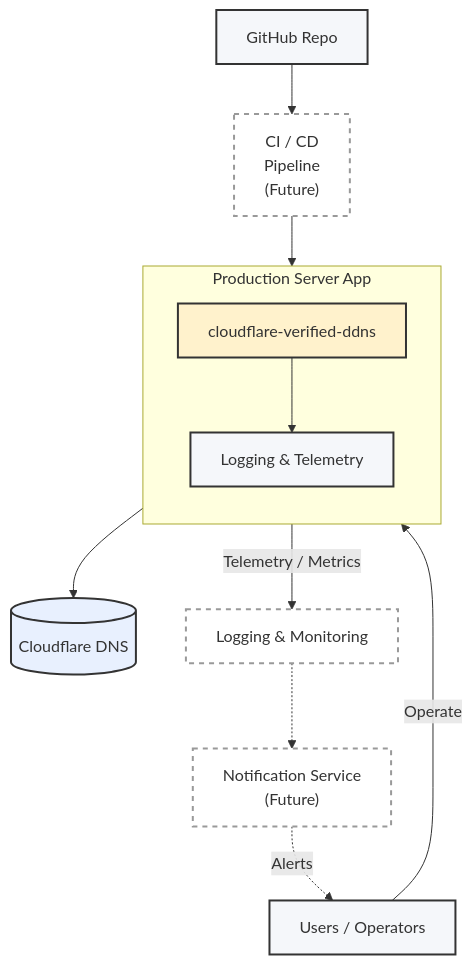
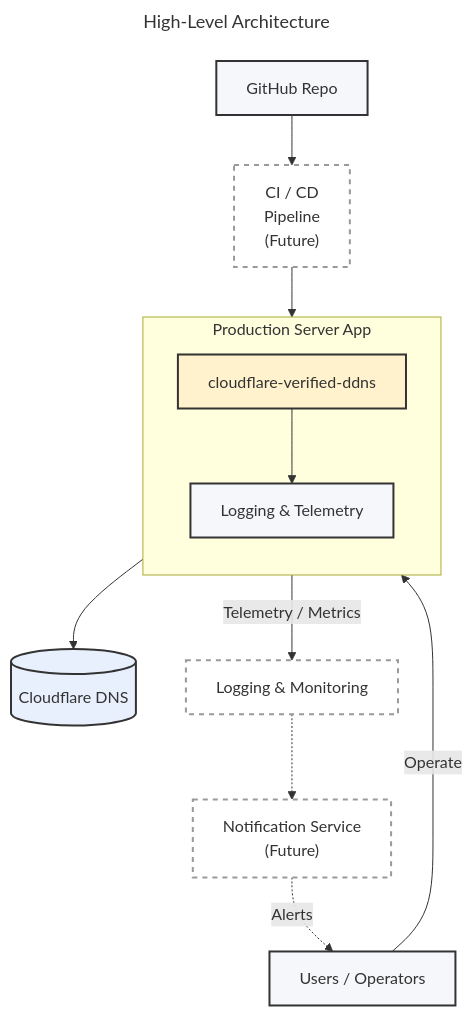
Before and after one commit to bkaewell/cloudflare-verified-ddns: the first of 2 diagrams in docs/ARCHITECTURE.md, drawn with Mermaid. The commit also changed other lines of this file, not shown here.

Commit message:
Add boot sequence mermaid diagram

````diff
--- a/docs/ARCHITECTURE.md
+++ b/docs/ARCHITECTURE.md
@@ -5,45 +9,51 @@
 ```mermaid
+---
+title: High-Level Architecture
+config:
+   look: classic
+   theme: 'default'
+---
 flowchart TB
     %% Users & Repo
     USERS[Users / Operators]
     REPO[GitHub Repo]
     CICD["CI / CD<br/>Pipeline<br/>(Future)"]
 
     %% Host + Deployed Software
     subgraph APPBOX["Production Server App"]
         direction TB
         DDNS[cloudflare-verified-ddns]
         TLOG[Logging & Telemetry]
     end
 
     %% External Systems
     CF[(Cloudflare DNS)]
     LOGS[Logging & Monitoring]
     NOTIFY["Notification Service<br/>(Future)"]
 
     %% Core Flow
     USERS -->|Operate| DDNS
 
     REPO --> CICD
     CICD --> DDNS
     DDNS --> CF
 
     %% Observability & Feedback
     DDNS --> TLOG
     TLOG -->|Telemetry / Metrics| LOGS
     LOGS -.-> NOTIFY
     NOTIFY -.->|Alerts| USERS    
 
 
     %% Styling
     classDef core fill:#fff2cc,stroke:#333,stroke-width:2px;
     classDef neutral fill:#f5f7fa,stroke:#333,stroke-width:2px;
     classDef cloud fill:#e8f0fe,stroke:#333,stroke-width:2px;
     classDef future fill:#ffffff,stroke:#999,stroke-width:2px,stroke-dasharray: 5 5;
 
     class DDNS core;
     class TLOG neutral;
     class REPO,USERS neutral;
     class CF cloud;
     class CICD,LOGS,NOTIFY future;
 ```
````
